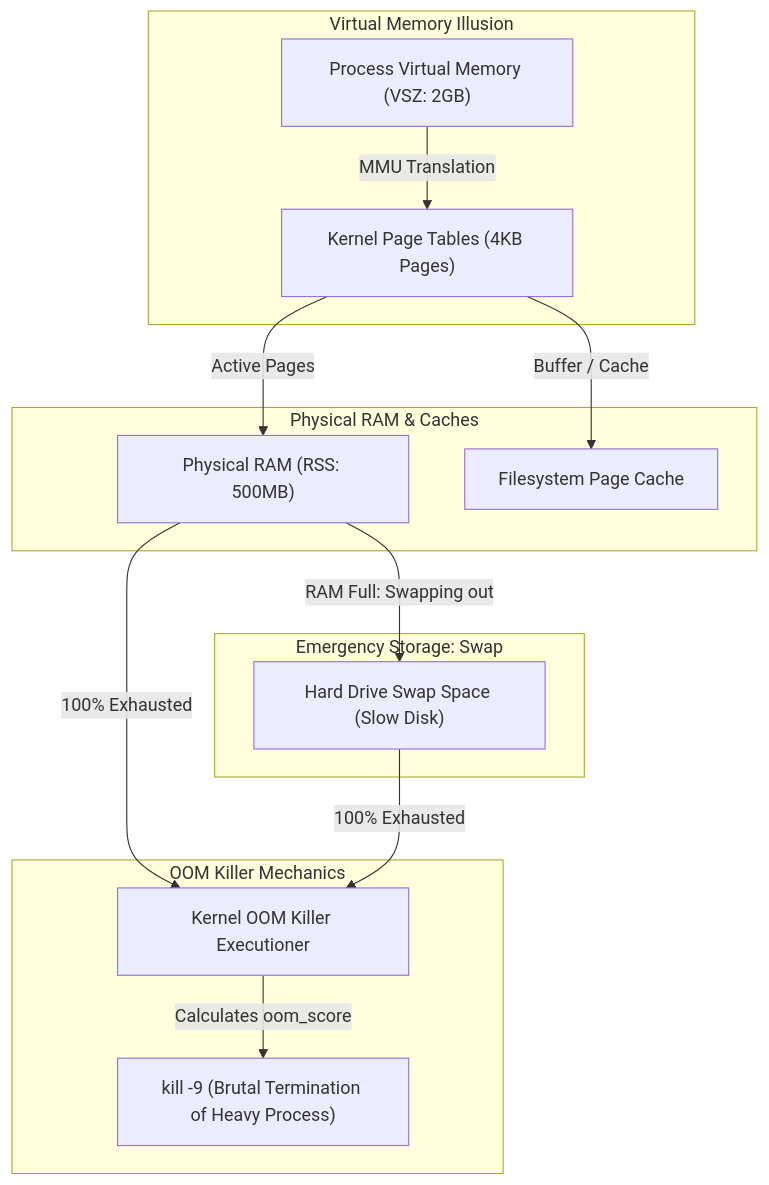
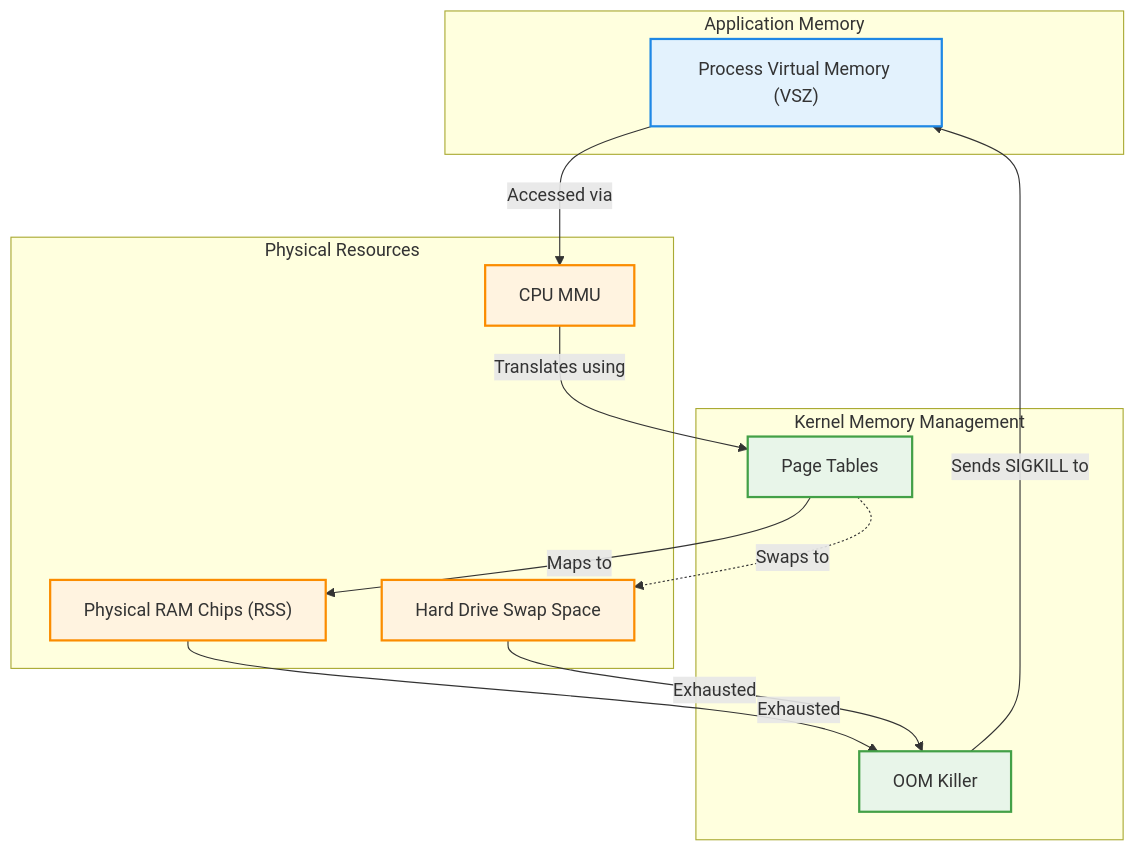
Before and after one commit to aloysiuspattath/platform-engineering-ai-course: the diagram in website/pages/courses/platform-engineering/modules/module-03/lesson-03.md, drawn with Mermaid. The commit also changed 114 other files, not shown here.

Commit message:
refactor: massive swarm diagram review enforcing architectural layers and strict color palette

````diff
--- a/website/pages/courses/platform-engineering/modules/module-03/lesson-03.md
+++ b/website/pages/courses/platform-engineering/modules/module-03/lesson-03.md
@@ -90,21 +90,30 @@
 ```mermaid
 flowchart TD
-    subgraph VirtualLayer [Virtual Memory Illusion]
-        APP["Process Virtual Memory (VSZ: 2GB)"] -->|MMU Translation| PT["Kernel Page Tables (4KB Pages)"]
+    classDef userSpace fill:#e3f2fd,stroke:#1e88e5,stroke-width:2px;
+    classDef kernelSpace fill:#e8f5e9,stroke:#43a047,stroke-width:2px;
+    classDef hardware fill:#fff3e0,stroke:#fb8c00,stroke-width:2px;
+
+    subgraph UserSpace [Application Memory]
+        APP["Process Virtual Memory (VSZ)"]:::userSpace
     end
 
-    subgraph PhysicalLayer [Physical RAM & Caches]
-        PT -->|Active Pages| RAM["Physical RAM (RSS: 500MB)"]
-        PT -->|Buffer / Cache| CACHE["Filesystem Page Cache"]
+    subgraph KernelSpace [Kernel Memory Management]
+        PT["Page Tables"]:::kernelSpace
+        OOM["OOM Killer"]:::kernelSpace
     end
 
-    subgraph EmergencyDisk [Emergency Storage: Swap]
-        RAM -->|RAM Full: Swapping out| SWAP["Hard Drive Swap Space (Slow Disk)"]
+    subgraph Hardware [Physical Resources]
+        MMU["CPU MMU"]:::hardware
+        RAM["Physical RAM Chips (RSS)"]:::hardware
+        SWAP["Hard Drive Swap Space"]:::hardware
     end
 
-    subgraph KernelDefense [OOM Killer Mechanics]
-        RAM -->|100% Exhausted| OOM["Kernel OOM Killer Executioner"]
-        SWAP -->|100% Exhausted| OOM
-        OOM -->|Calculates oom_score | SIGKILL["kill -9 (Brutal Termination of Heavy Process)"]
-    end
+    APP -->|Accessed via| MMU
+    MMU -->|Translates using| PT
+    PT -->|Maps to| RAM
+    PT -.->|Swaps to| SWAP
+    
+    RAM -->|Exhausted| OOM
+    SWAP -->|Exhausted| OOM
+    OOM -->|Sends SIGKILL to| APP
 ```
````
